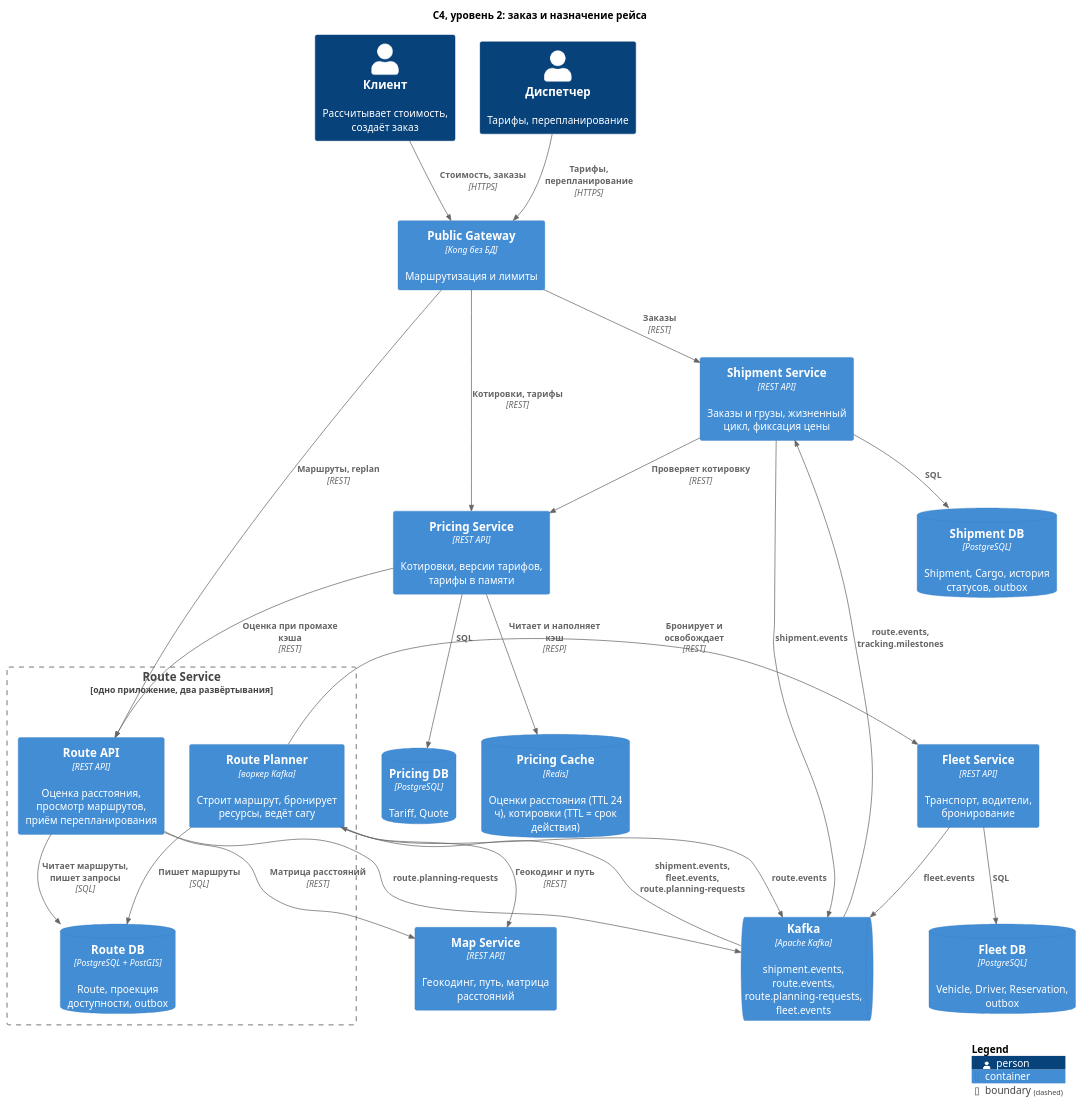
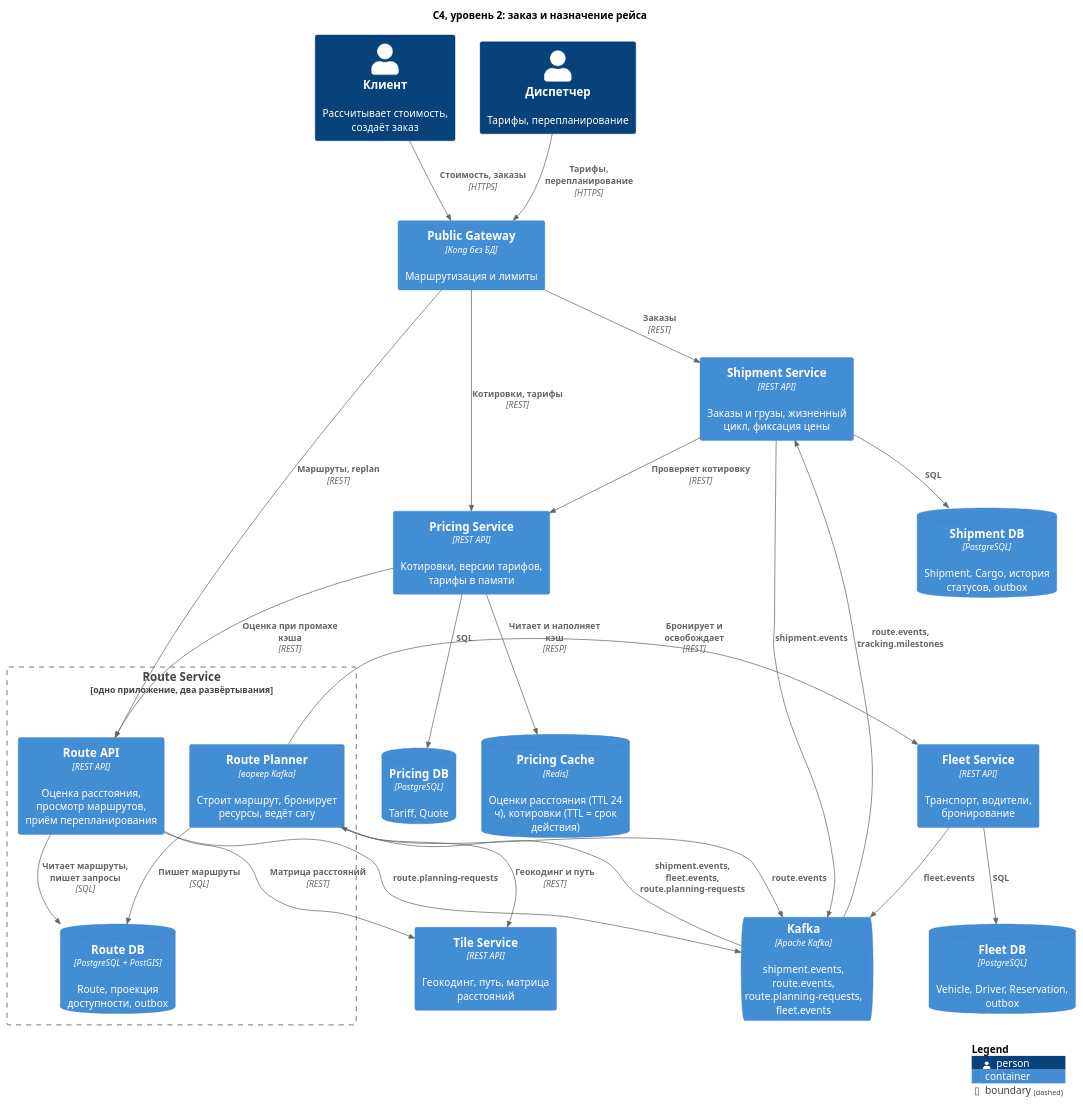
The diagram in 1_lab/diagrams/c4-container-orders.puml (Yagiar/MicroservicesItmo), drawn with PlantUML before and after one commit. The commit also changed 11 other files, not shown here.

First line of the commit message:
Refactor documentation and diagrams for Tile Service

```diff
--- a/1_lab/diagrams/c4-container-orders.puml
+++ b/1_lab/diagrams/c4-container-orders.puml
@@ -1,57 +1,57 @@
 @startuml c4-container-orders
 !include <C4/C4_Container>
 
 title C4, уровень 2: заказ и назначение рейса
 
 Person(customer, "Клиент", "Рассчитывает стоимость, создаёт заказ")
 Person(dispatcher, "Диспетчер", "Тарифы, перепланирование")
 
 Container(public_gw, "Public Gateway", "Kong без БД", "Маршрутизация и лимиты")
 
 Container(shipment_svc, "Shipment Service", "REST API", "Заказы и грузы, жизненный цикл, фиксация цены")
 ContainerDb(shipment_db, "Shipment DB", "PostgreSQL", "Shipment, Cargo, история статусов, outbox")
 
 Container(pricing_svc, "Pricing Service", "REST API", "Котировки, версии тарифов, тарифы в памяти")
 ContainerDb(pricing_db, "Pricing DB", "PostgreSQL", "Tariff, Quote")
 ContainerDb(pricing_cache, "Pricing Cache", "Redis", "Оценки расстояния (TTL 24 ч), котировки (TTL = срок действия)")
 
 Boundary(route_group, "Route Service", "одно приложение, два развёртывания") {
   Container(route_api, "Route API", "REST API", "Оценка расстояния, просмотр маршрутов, приём перепланирования")
   Container(route_planner, "Route Planner", "воркер Kafka", "Строит маршрут, бронирует ресурсы, ведёт сагу")
   ContainerDb(route_db, "Route DB", "PostgreSQL + PostGIS", "Route, проекция доступности, outbox")
 }
 
 Container(fleet_svc, "Fleet Service", "REST API", "Транспорт, водители, бронирование")
 ContainerDb(fleet_db, "Fleet DB", "PostgreSQL", "Vehicle, Driver, Reservation, outbox")
 
-Container(map_svc, "Map Service", "REST API", "Геокодинг, путь, матрица расстояний")
+Container(map_svc, "Tile Service", "REST API", "Геокодинг, путь, матрица расстояний")
 ContainerQueue(kafka, "Kafka", "Apache Kafka", "shipment.events, route.events, route.planning-requests, fleet.events")
 
 Rel(customer, public_gw, "Стоимость, заказы", "HTTPS")
 Rel(dispatcher, public_gw, "Тарифы, перепланирование", "HTTPS")
 Rel(public_gw, shipment_svc, "Заказы", "REST")
 Rel(public_gw, pricing_svc, "Котировки, тарифы", "REST")
 Rel(public_gw, route_api, "Маршруты, replan", "REST")
 
 Rel(shipment_svc, pricing_svc, "Проверяет котировку", "REST")
 Rel(pricing_svc, pricing_cache, "Читает и наполняет кэш", "RESP")
 Rel(pricing_svc, route_api, "Оценка при промахе кэша", "REST")
 Rel(route_api, map_svc, "Матрица расстояний", "REST")
 Rel(route_planner, map_svc, "Геокодинг и путь", "REST")
 Rel(route_planner, fleet_svc, "Бронирует и освобождает", "REST")
 
 Rel(shipment_svc, shipment_db, "SQL")
 Rel(pricing_svc, pricing_db, "SQL")
 Rel(route_api, route_db, "Читает маршруты, пишет запросы", "SQL")
 Rel(route_planner, route_db, "Пишет маршруты", "SQL")
 Rel(fleet_svc, fleet_db, "SQL")
 
 Rel(shipment_svc, kafka, "shipment.events")
 Rel(kafka, shipment_svc, "route.events, tracking.milestones")
 Rel(route_api, kafka, "route.planning-requests")
 Rel(kafka, route_planner, "shipment.events, fleet.events, route.planning-requests")
 Rel(route_planner, kafka, "route.events")
 Rel(fleet_svc, kafka, "fleet.events")
 
 SHOW_LEGEND()
 @enduml
```
